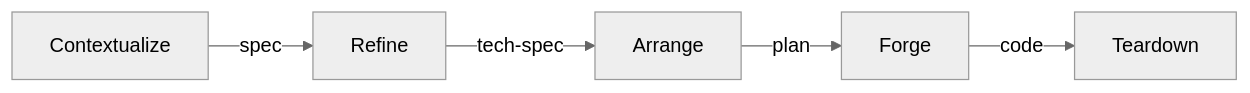
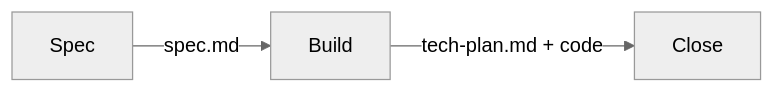
Before and after one commit to juanwmedia/craft: the first of 3 diagrams in README.md, drawn with Mermaid (neutral theme). The commit also changed other lines of this file and 8 other files, not shown here.

First line of the commit message:
Migrate to Craft v2: spec, build, close replace 5-skill pipeline

````diff
--- a/README.md
+++ b/README.md
@@ -5,7 +5,5 @@
 ```mermaid
 graph LR
-    C["Contextualize"] -->|spec| R["Refine"]
-    R -->|tech-spec| A["Arrange"]
-    A -->|plan| F["Forge"]
-    F -->|code| T["Teardown"]
+    S["Spec"] -->|spec.md| B["Build"]
+    B -->|tech-plan.md + code| C["Close"]
 ```
````
